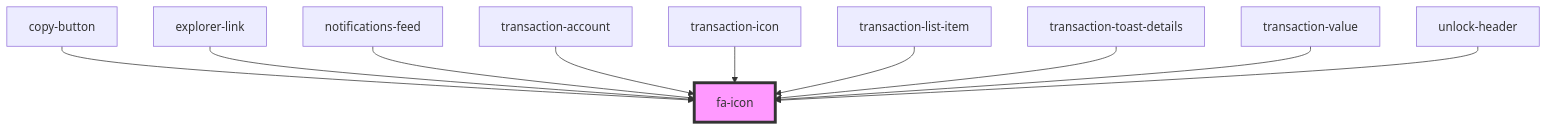
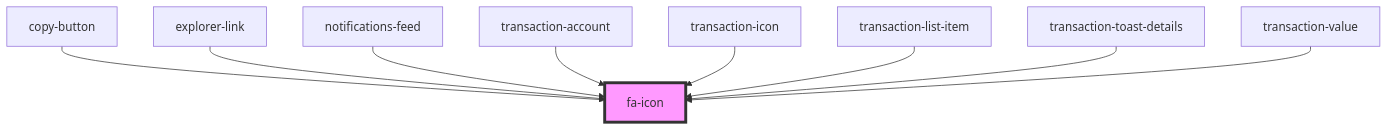
The diagram in src/components/visual/fa-icon/readme.md (multiversx/mx-sdk-dapp-ui), drawn with Mermaid before and after one commit. The commit also changed other lines of this file and 46 other files, not shown here.

````diff
--- a/src/components/visual/fa-icon/readme.md
+++ b/src/components/visual/fa-icon/readme.md
@@ -30,13 +29,12 @@
 ```mermaid
 graph TD;
   copy-button --> fa-icon
   explorer-link --> fa-icon
   notifications-feed --> fa-icon
   transaction-account --> fa-icon
   transaction-icon --> fa-icon
   transaction-list-item --> fa-icon
   transaction-toast-details --> fa-icon
   transaction-value --> fa-icon
-  unlock-header --> fa-icon
   style fa-icon fill:#f9f,stroke:#333,stroke-width:4px
 ```
````
